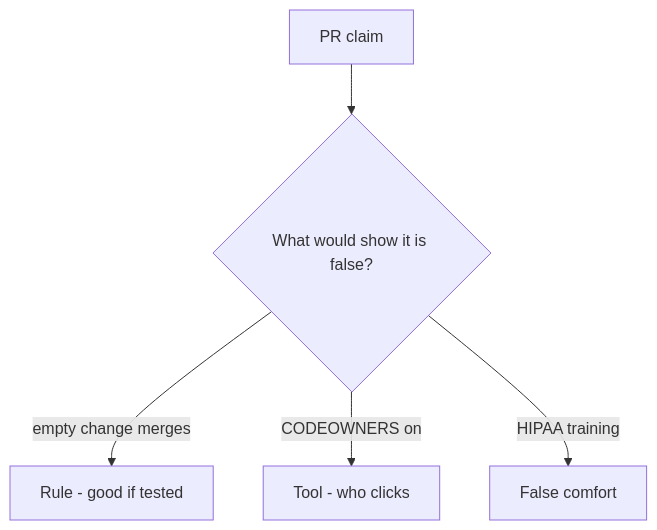
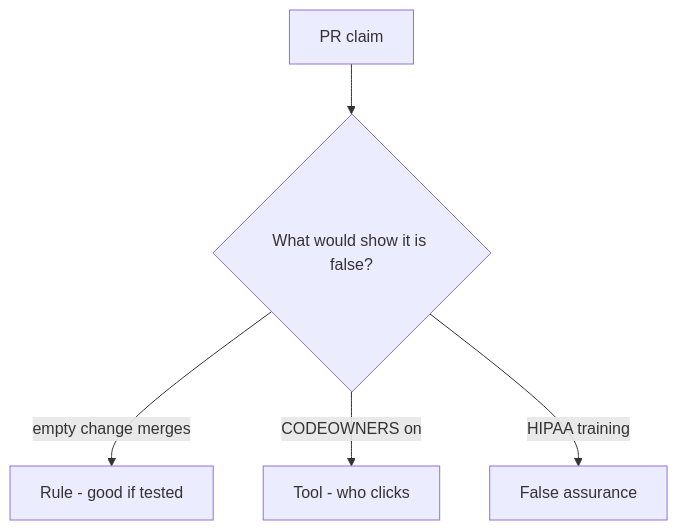
One commit to ishitvagoel/LearnSecurity changed the diagram in content/modules/10/10.1/lessons/08-review.md. Above: the diagram before and after it, drawn with Mermaid. The commit also changed other lines of this file and 240 other files, not shown here.

````diff
--- a/content/modules/10/10.1/lessons/08-review.md
+++ b/content/modules/10/10.1/lessons/08-review.md
@@ -18,7 +18,7 @@
 ```mermaid
 flowchart TD
   Claim[PR claim] --> Q{"What would show it is false?"}
   Q -->|empty change merges| Property["Rule - good if tested"]
   Q -->|CODEOWNERS on| Mechanism[Tool - who clicks]
-  Q -->|HIPAA training| False[False comfort]
+  Q -->|HIPAA training| False[False assurance]
 ```
````
